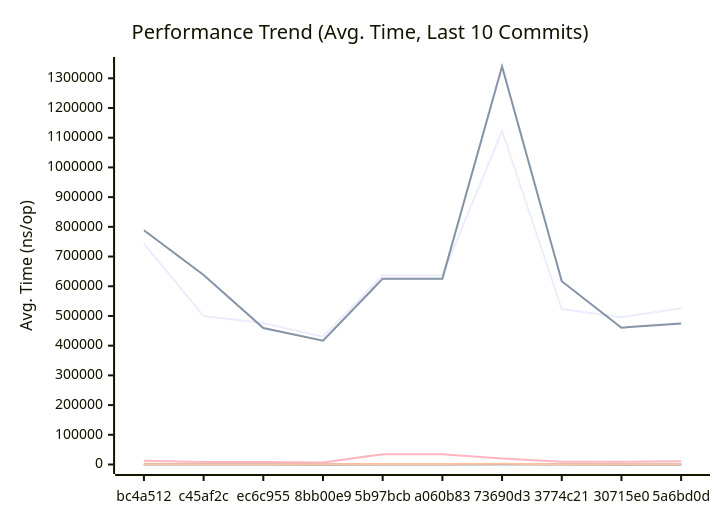
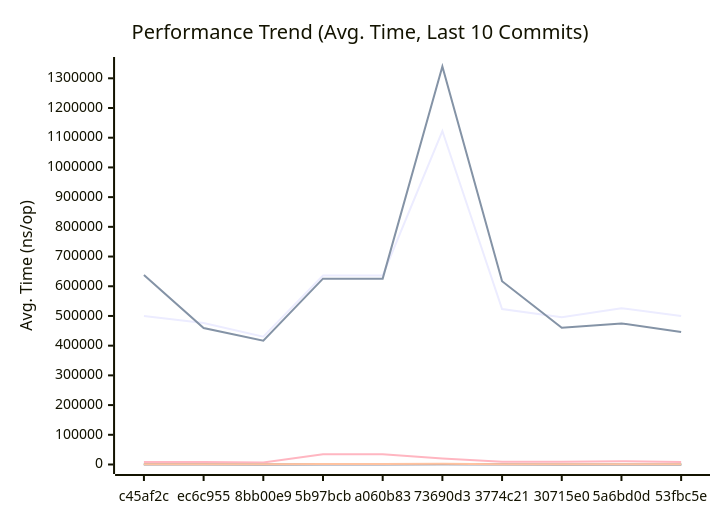
Before and after one commit to alsotoes/momo: the first of 3 diagrams in docs/PERFORMANCE.md, drawn with Mermaid. The commit also changed other lines of this file and 10 other files, not shown here.

````diff
--- a/docs/PERFORMANCE.md
+++ b/docs/PERFORMANCE.md
@@ -145,20 +145,20 @@
 ```mermaid
 xychart-beta
     title "Performance Trend (Avg. Time, Last 10 Commits)"
     x-axis "Commit"
     y-axis "Avg. Time (ns/op)"
-    x-axis [bc4a512,c45af2c,ec6c955,8bb00e9,5b97bcb,a060b83,73690d3,3774c21,30715e0,5a6bd0d]
-    line "AWSChunkedReaderSigned" [743381,499698,476394,430367,636323,636323,1122523,523462,495636,526187]
-    line "AWSChunkedReaderUnsigned" [788330,637971,459420,416513,625607,625607,1339704,616920,460494,474985]
-    line "CheckMetricsAndSwap" [14,9,8,8,19,19,26,13,11,9]
-    line "CrushOptimized" [551,318,348,309,680,680,668,404,465,338]
-    line "CrushOriginal" [2113,682,547,422,752,752,1263,789,466,508]
-    line "IndexDirectTracking" [1,0,0,0,0,0,1,1,0,0]
-    line "IndexSearch" [4,3,3,3,3,3,4,2,3,3]
-    line "LoadGlobalConfig" [12340,8029,8057,7072,34747,34747,20485,8970,9224,11173]
-    line "PadString" [81,49,48,39,128,128,128,43,48,49]
+    x-axis [c45af2c,ec6c955,8bb00e9,5b97bcb,a060b83,73690d3,3774c21,30715e0,5a6bd0d,53fbc5e]
+    line "AWSChunkedReaderSigned" [499698,476394,430367,636323,636323,1122523,523462,495636,526187,499710]
+    line "AWSChunkedReaderUnsigned" [637971,459420,416513,625607,625607,1339704,616920,460494,474985,445923]
+    line "CheckMetricsAndSwap" [9,8,8,19,19,26,13,11,9,10]
+    line "CrushOptimized" [318,348,309,680,680,668,404,465,338,334]
+    line "CrushOriginal" [682,547,422,752,752,1263,789,466,508,437]
+    line "IndexDirectTracking" [0,0,0,0,0,1,1,0,0,0]
+    line "IndexSearch" [3,3,3,3,3,4,2,3,3,3]
+    line "LoadGlobalConfig" [8029,8057,7072,34747,34747,20485,8970,9224,11173,8541]
+    line "PadString" [49,48,39,128,128,128,43,48,49,42]
     line "ParseReplicationOrder_NoPrealloc" [350,349,357,354,345,225,229,165,232,234]
     line "ParseReplicationOrder_Prealloc" [229,231,237,234,229,108,107,80,110,109]
-    line "SanitizeLog/Safe" [711,548,506,417,827,827,1308,563,313,284]
-    line "SanitizeLog/Unsafe" [1045,670,548,504,1598,1598,2365,598,812,896]
+    line "SanitizeLog/Safe" [548,506,417,827,827,1308,563,313,284,240]
+    line "SanitizeLog/Unsafe" [670,548,504,1598,1598,2365,598,812,896,723]
 ```
````
